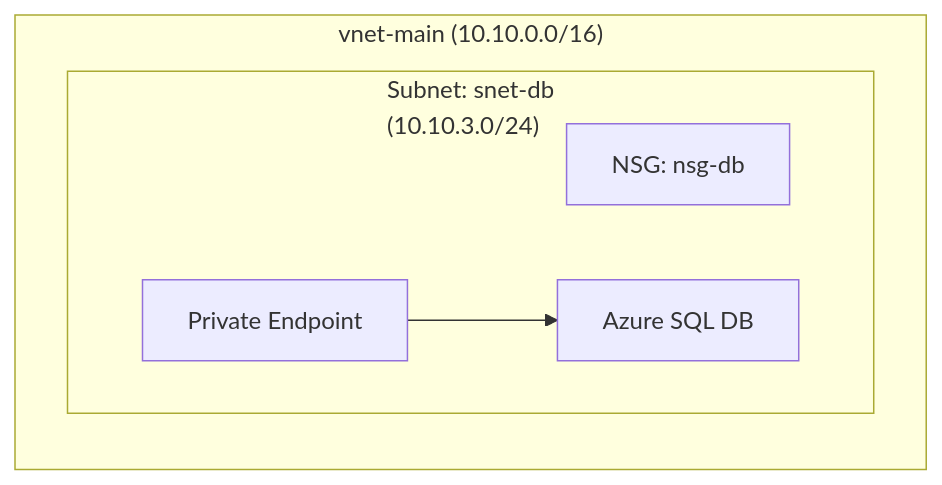
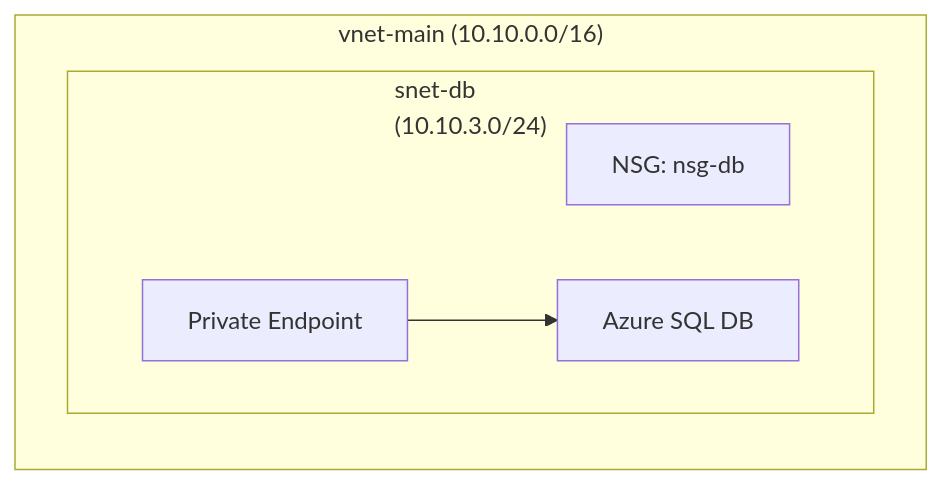
One commit to Ch3rry-Pi3-Azure/Azure-3-Tier-VNet changed the fourth of 7 diagrams in guides/setup.md. Above: the diagram before and after it, drawn with Mermaid. The commit also changed other lines of this file, not shown here.

````diff
--- a/guides/setup.md
+++ b/guides/setup.md
@@ -254,11 +254,11 @@
 ```mermaid
 flowchart LR
     subgraph VNet["vnet-main (10.10.0.0/16)"]
-        subgraph Db["Subnet: snet-db <br/> (10.10.3.0/24)"]
+        subgraph Db["snet-db <br/> (10.10.3.0/24)"]
             DbNSG[NSG: nsg-db]
             PE[Private Endpoint]
             SQL[Azure SQL DB]
         end
     end
     PE --> SQL
 ```
````
